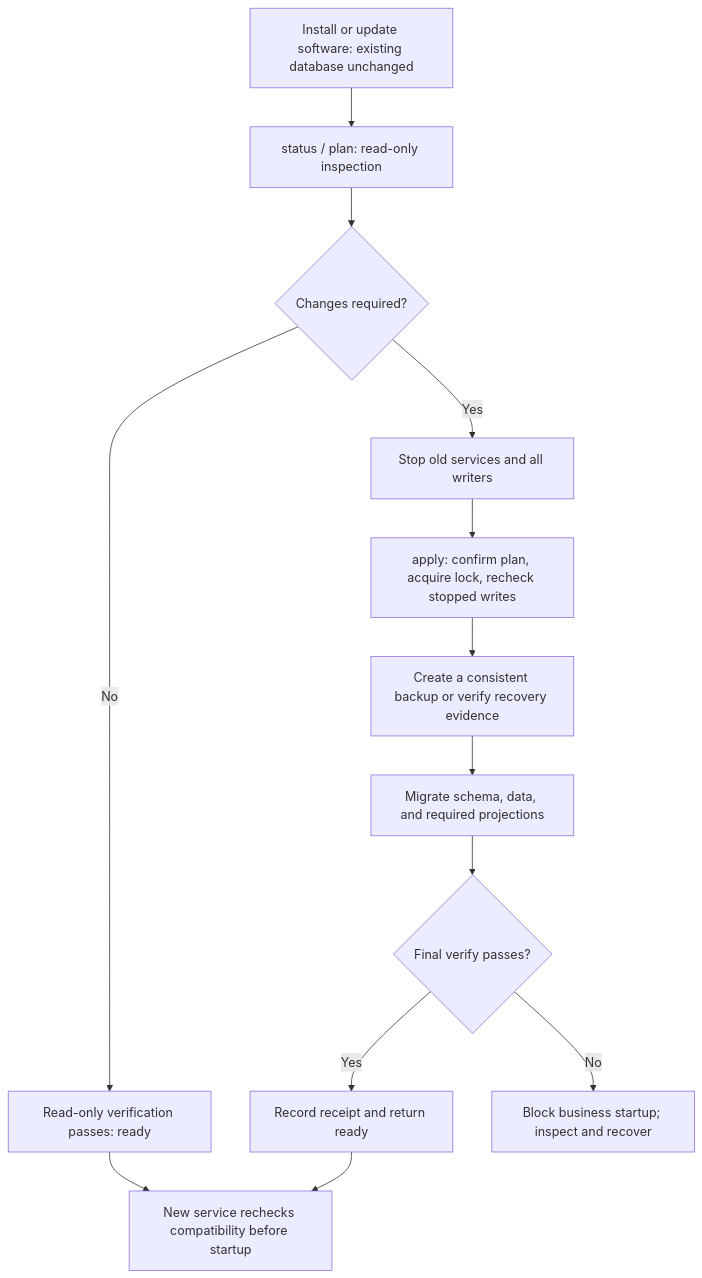
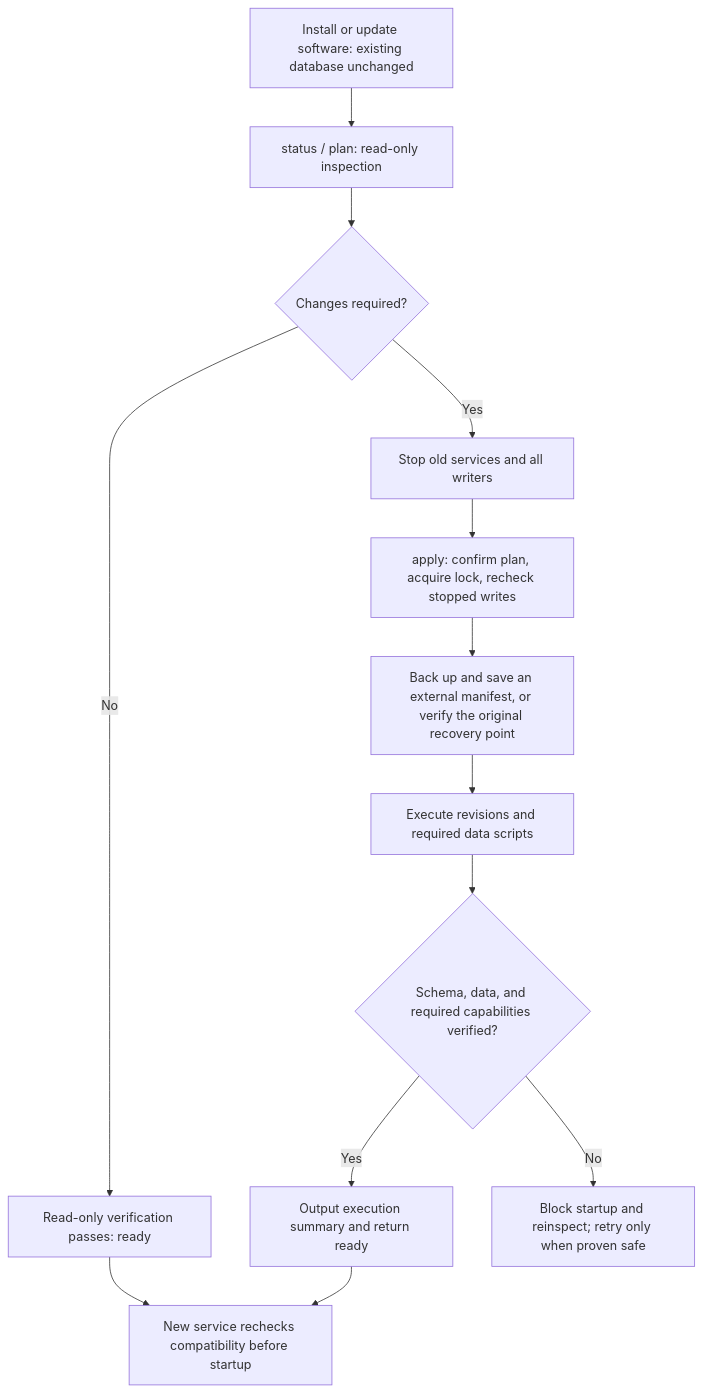
The first of 2 diagrams in docs/en/rfcs/1771-unified-database-migrations.md (oceanbase/powercontext), drawn with Mermaid before and after one commit. The commit also changed other lines of this file and 1 other file, not shown here.

````diff
--- a/docs/en/rfcs/1771-unified-database-migrations.md
+++ b/docs/en/rfcs/1771-unified-database-migrations.md
@@ -160,15 +180,15 @@
 ```mermaid
 flowchart TD
     A["Install or update software: existing database unchanged"] --> B["status / plan: read-only inspection"]
     B --> C{"Changes required?"}
     C -->|No| D["Read-only verification passes: ready"]
     C -->|Yes| E["Stop old services and all writers"]
     E --> F["apply: confirm plan, acquire lock, recheck stopped writes"]
-    F --> G["Create a consistent backup or verify recovery evidence"]
-    G --> H["Migrate schema, data, and required projections"]
-    H --> I{"Final verify passes?"}
-    I -->|Yes| J["Record receipt and return ready"]
-    I -->|No| K["Block business startup; inspect and recover"]
+    F --> G["Back up and save an external manifest, or verify the original recovery point"]
+    G --> H["Execute revisions and required data scripts"]
+    H --> I{"Schema, data, and required capabilities verified?"}
+    I -->|Yes| J["Output execution summary and return ready"]
+    I -->|No| K["Block startup and reinspect; retry only when proven safe"]
     J --> L["New service rechecks compatibility before startup"]
     D --> L
 ```
````
